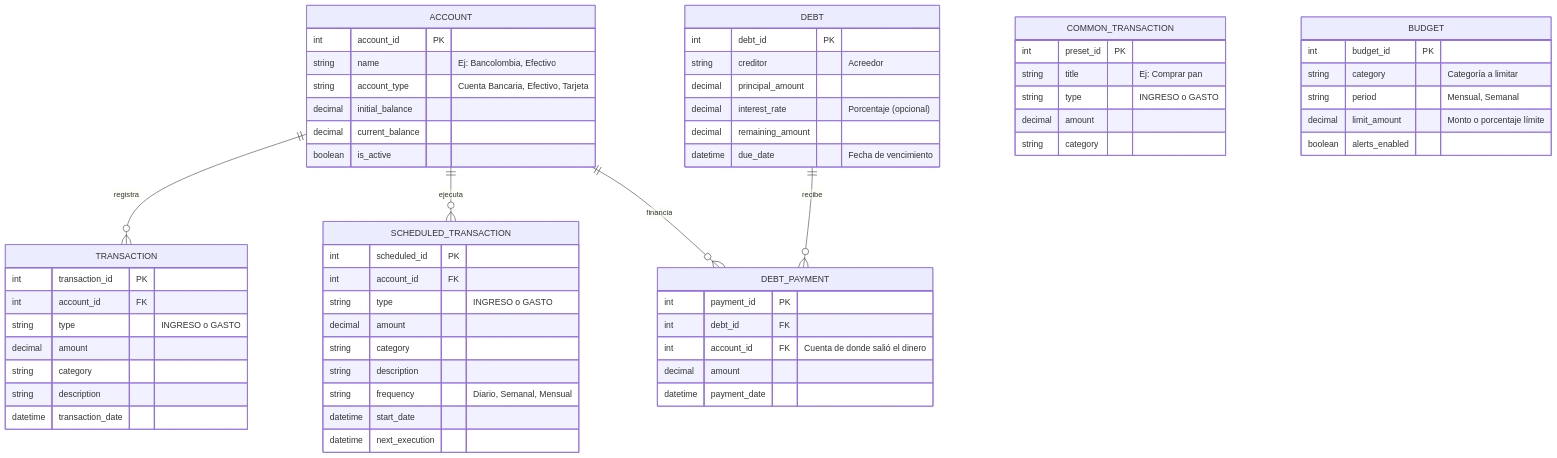
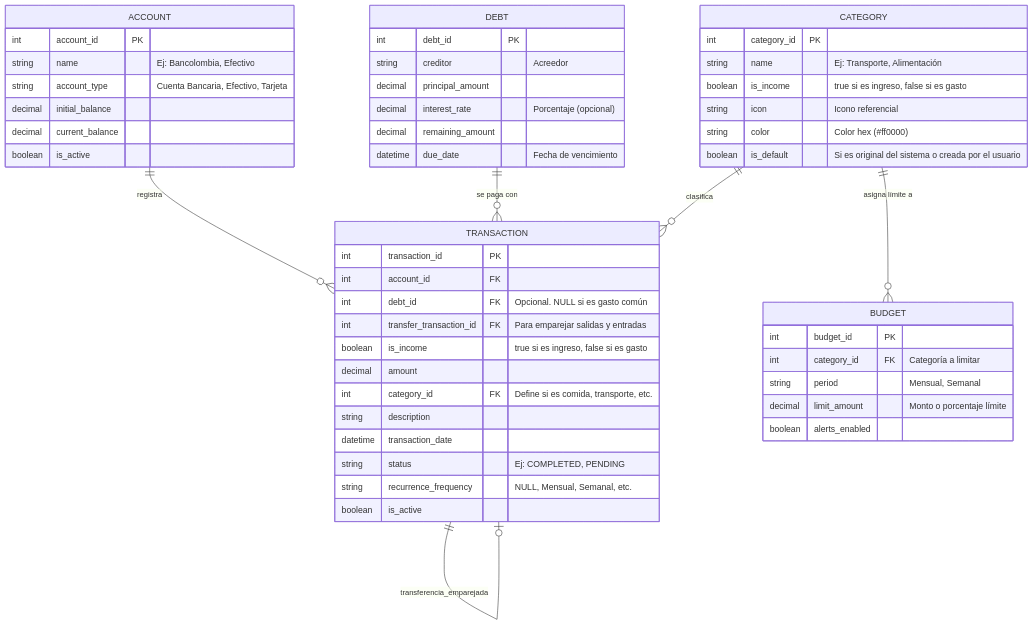
Before and after one commit to RADESH626/seedCoin: the diagram in documentacion/diagramas/modelo_er.md, drawn with Mermaid. The commit also changed other lines of this file and 6 other files, not shown here.

Commit message:
docs: update architecture documentation, workflows and mockups

````diff
--- a/documentacion/diagramas/modelo_er.md
+++ b/documentacion/diagramas/modelo_er.md
@@ -3,71 +3,59 @@
 ```mermaid
 erDiagram
     ACCOUNT ||--o{ TRANSACTION : "registra"
-    ACCOUNT ||--o{ SCHEDULED_TRANSACTION : "ejecuta"
-    DEBT ||--o{ DEBT_PAYMENT : "recibe"
-    ACCOUNT ||--o{ DEBT_PAYMENT : "financia"
+    DEBT ||--o{ TRANSACTION : "se paga con"
+    CATEGORY ||--o{ TRANSACTION : "clasifica"
+    CATEGORY ||--o{ BUDGET : "asigna límite a"
+    TRANSACTION ||--o| TRANSACTION : "transferencia_emparejada"
 
     ACCOUNT {
         int account_id PK
         string name "Ej: Bancolombia, Efectivo"
         string account_type "Cuenta Bancaria, Efectivo, Tarjeta"
         decimal initial_balance
         decimal current_balance
         boolean is_active
     }
 
     TRANSACTION {
         int transaction_id PK
         int account_id FK
-        string type "INGRESO o GASTO"
+        int debt_id FK "Opcional. NULL si es gasto común"
+        int transfer_transaction_id FK "Para emparejar salidas y entradas"
+        boolean is_income "true si es ingreso, false si es gasto"
         decimal amount
-        string category
+        int category_id FK "Define si es comida, transporte, etc."
         string description
         datetime transaction_date
+        string status "Ej: COMPLETED, PENDING"
+        string recurrence_frequency "NULL, Mensual, Semanal, etc."
+        boolean is_active
     }
 
-    COMMON_TRANSACTION {
-        int preset_id PK
-        string title "Ej: Comprar pan"
-        string type "INGRESO o GASTO"
-        decimal amount
-        string category
-    }
 
-    SCHEDULED_TRANSACTION {
-        int scheduled_id PK
-        int account_id FK
-        string type "INGRESO o GASTO"
-        decimal amount
-        string category
-        string description
-        string frequency "Diario, Semanal, Mensual"
-        datetime start_date
-        datetime next_execution
+    CATEGORY {
+        int category_id PK
+        string name "Ej: Transporte, Alimentación"
+        boolean is_income "true si es ingreso, false si es gasto"
+        string icon "Icono referencial"
+        string color "Color hex (#ff0000)"
+        boolean is_default "Si es original del sistema o creada por el usuario"
     }
 
     BUDGET {
         int budget_id PK
-        string category "Categoría a limitar"
+        int category_id FK "Categoría a limitar"
         string period "Mensual, Semanal"
         decimal limit_amount "Monto o porcentaje límite"
         boolean alerts_enabled
     }
 
     DEBT {
         int debt_id PK
         string creditor "Acreedor"
         decimal principal_amount
         decimal interest_rate "Porcentaje (opcional)"
         decimal remaining_amount
         datetime due_date "Fecha de vencimiento"
     }
-
-    DEBT_PAYMENT {
-        int payment_id PK
-        int debt_id FK
-        int account_id FK "Cuenta de donde salió el dinero"
-        decimal amount
-        datetime payment_date
-    }
 ```
````
